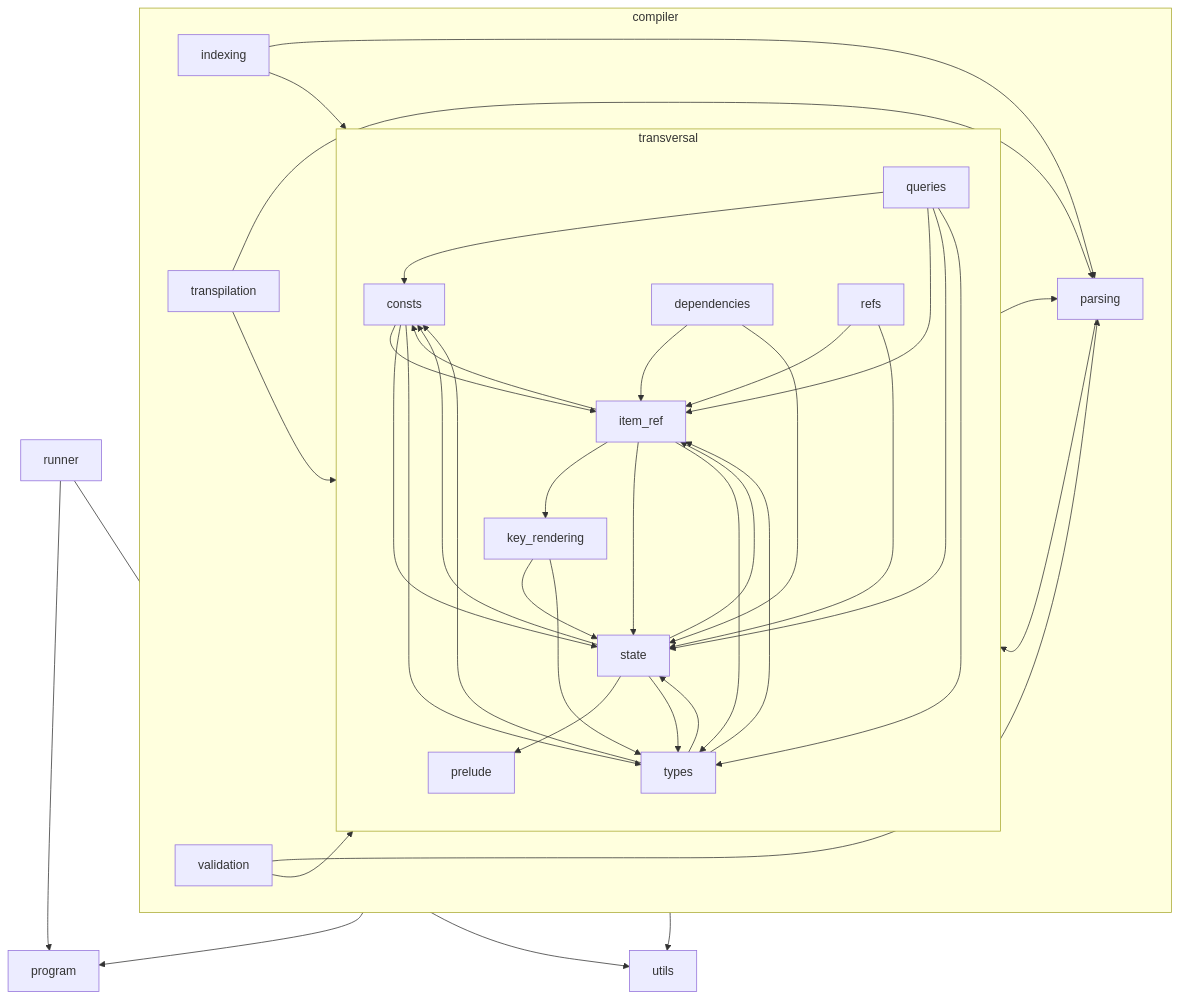
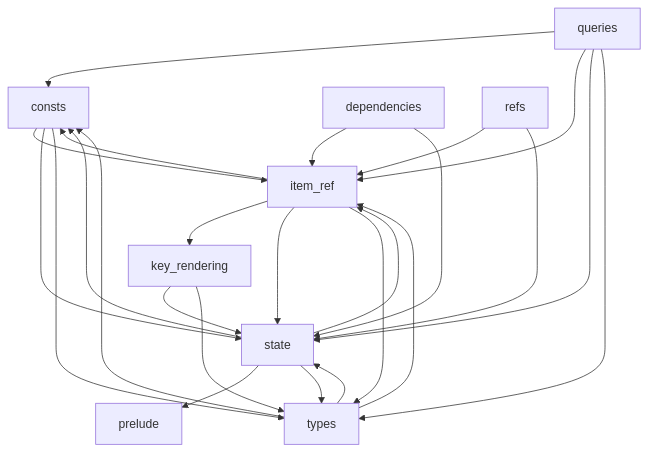
One commit to Nicolas-Ferre/gpex changed the third of 3 diagrams in doc/architecture.md. Above: the diagram before and after it, drawn with Mermaid. The commit also changed other lines of this file and 1 other file, not shown here.

Commit message:
Split coupling diagram to simplify reading

````diff
--- a/doc/architecture.md
+++ b/doc/architecture.md
@@ -60,43 +82,27 @@
 ```mermaid
 graph TD
-    compiler --> program
-    compiler --> utils
-    runner --> program
-    runner --> utils
-    subgraph compiler
-        indexing --> parsing
-        indexing --> transversal
-        parsing --> transversal
-        transpilation --> parsing
-        transpilation --> transversal
-        transversal --> parsing
-        validation --> parsing
-        validation --> transversal
-        subgraph transversal
-            consts --> item_ref
-            consts --> state
-            consts --> types
-            dependencies --> item_ref
-            dependencies --> state
-            item_ref --> consts
-            item_ref --> key_rendering
-            item_ref --> state
-            item_ref --> types
-            key_rendering --> state
-            key_rendering --> types
-            queries --> consts
-            queries --> item_ref
-            queries --> state
-            queries --> types
-            refs --> item_ref
-            refs --> state
-            state --> consts
-            state --> item_ref
-            state --> prelude
-            state --> types
-            types --> consts
-            types --> item_ref
-            types --> state
-        end
-    end
+    consts --> item_ref
+    consts --> state
+    consts --> types
+    dependencies --> item_ref
+    dependencies --> state
+    item_ref --> consts
+    item_ref --> key_rendering
+    item_ref --> state
+    item_ref --> types
+    key_rendering --> state
+    key_rendering --> types
+    queries --> consts
+    queries --> item_ref
+    queries --> state
+    queries --> types
+    refs --> item_ref
+    refs --> state
+    state --> consts
+    state --> item_ref
+    state --> prelude
+    state --> types
+    types --> consts
+    types --> item_ref
+    types --> state
 ```
````
